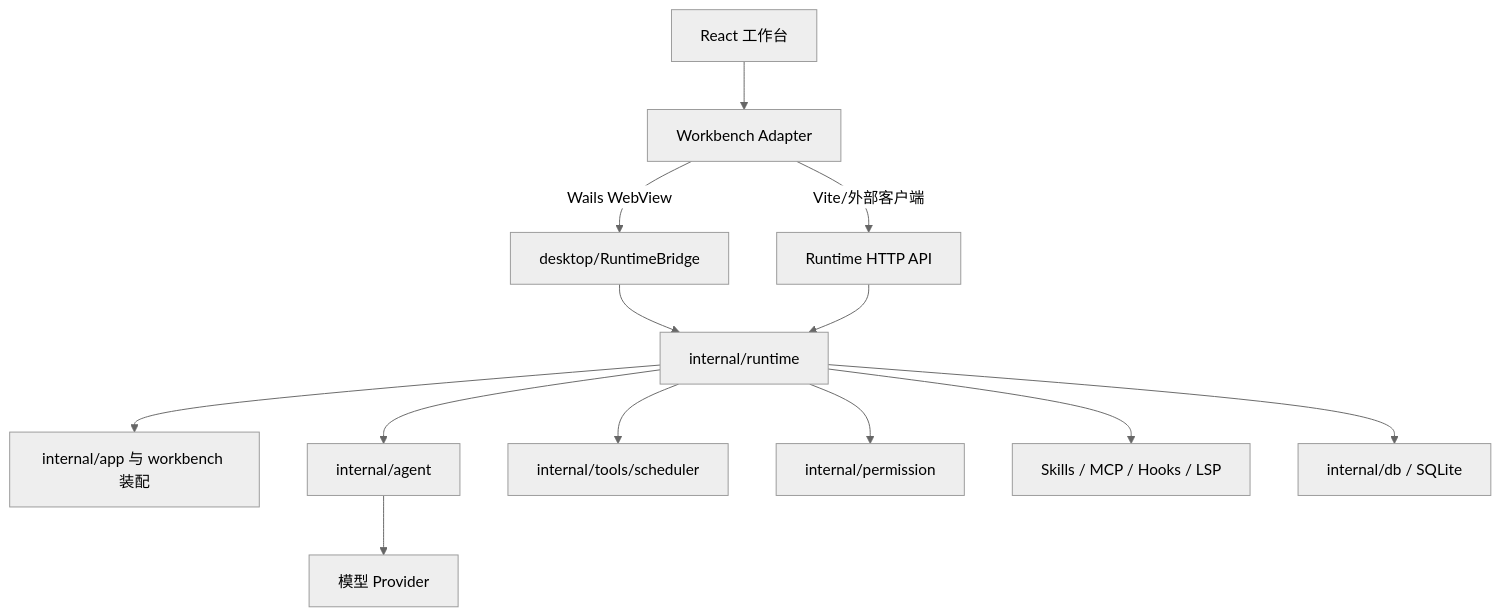
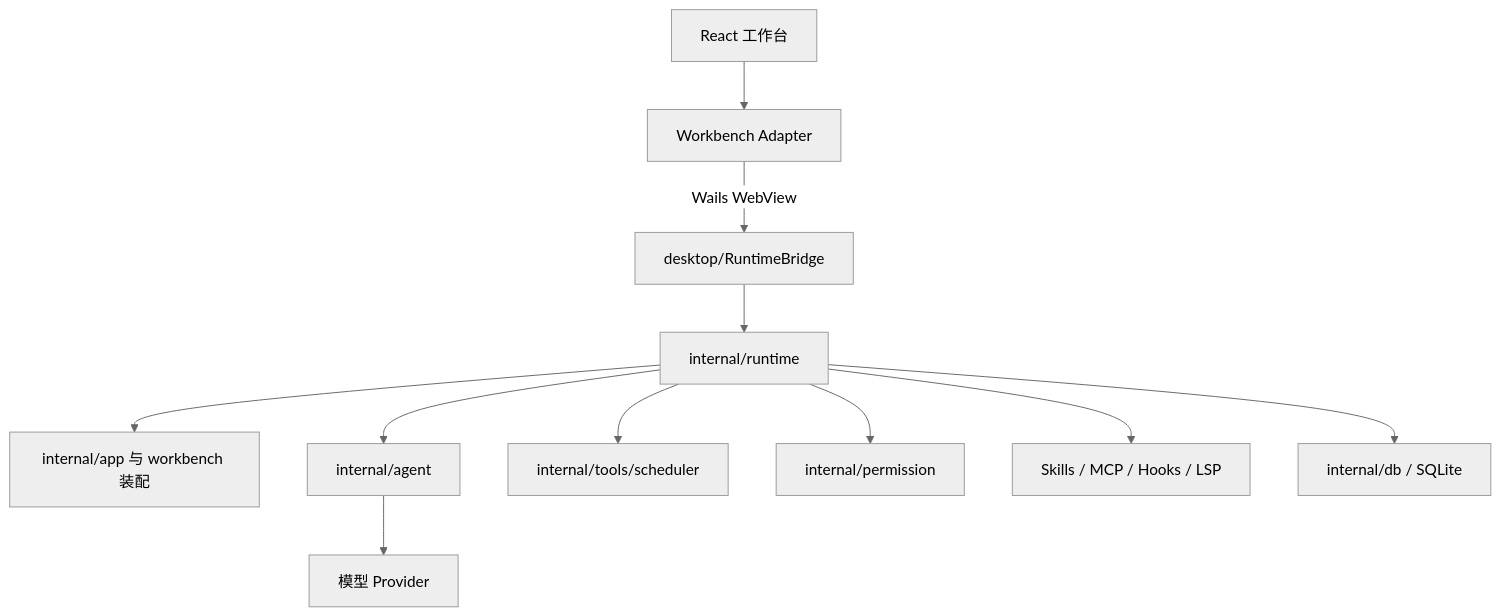
Before and after one commit to CIPFZ/agent-builder: the diagram in docs/architecture.md, drawn with Mermaid (neutral theme). The commit also changed other lines of this file and 53 other files, not shown here.

````diff
--- a/docs/architecture.md
+++ b/docs/architecture.md
@@ -5,15 +5,13 @@
 ```mermaid
 flowchart TB
     UI["React 工作台"] --> Adapter["Workbench Adapter"]
     Adapter -->|"Wails WebView"| Bridge["desktop/RuntimeBridge"]
-    Adapter -->|"Vite/外部客户端"| HTTP["Runtime HTTP API"]
     Bridge --> Runtime["internal/runtime"]
-    HTTP --> Runtime
     Runtime --> App["internal/app 与 workbench 装配"]
     Runtime --> Agent["internal/agent"]
     Runtime --> Scheduler["internal/tools/scheduler"]
     Runtime --> Policy["internal/permission"]
     Runtime --> Extensions["Skills / MCP / Hooks / LSP"]
     Runtime --> DB["internal/db / SQLite"]
     Agent --> Providers["模型 Provider"]
 ```
````
